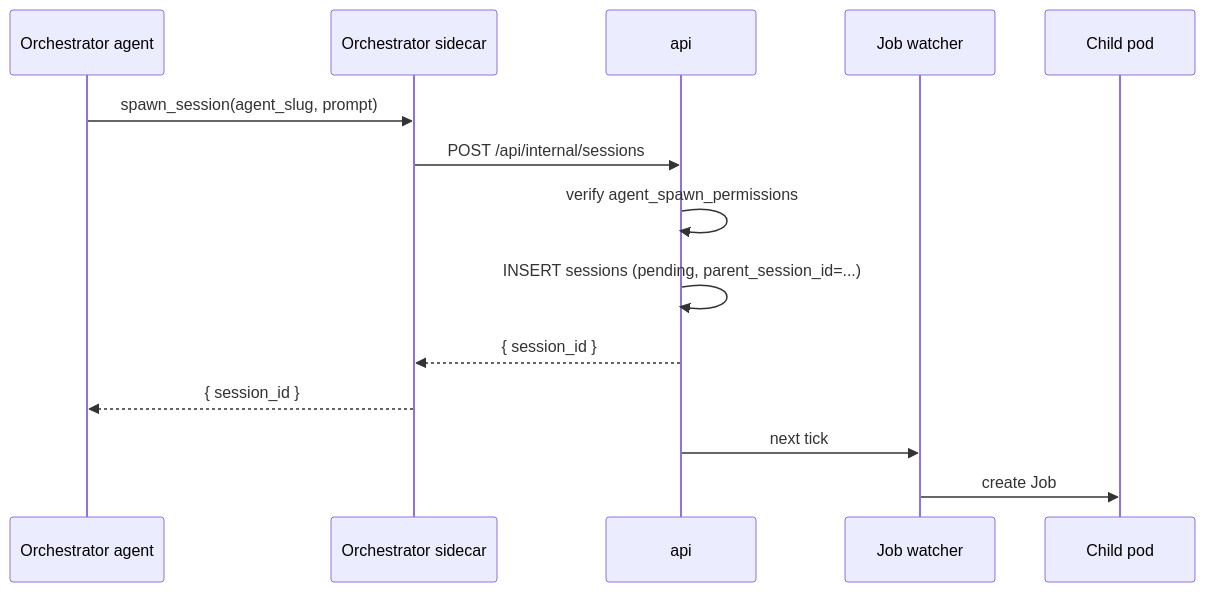
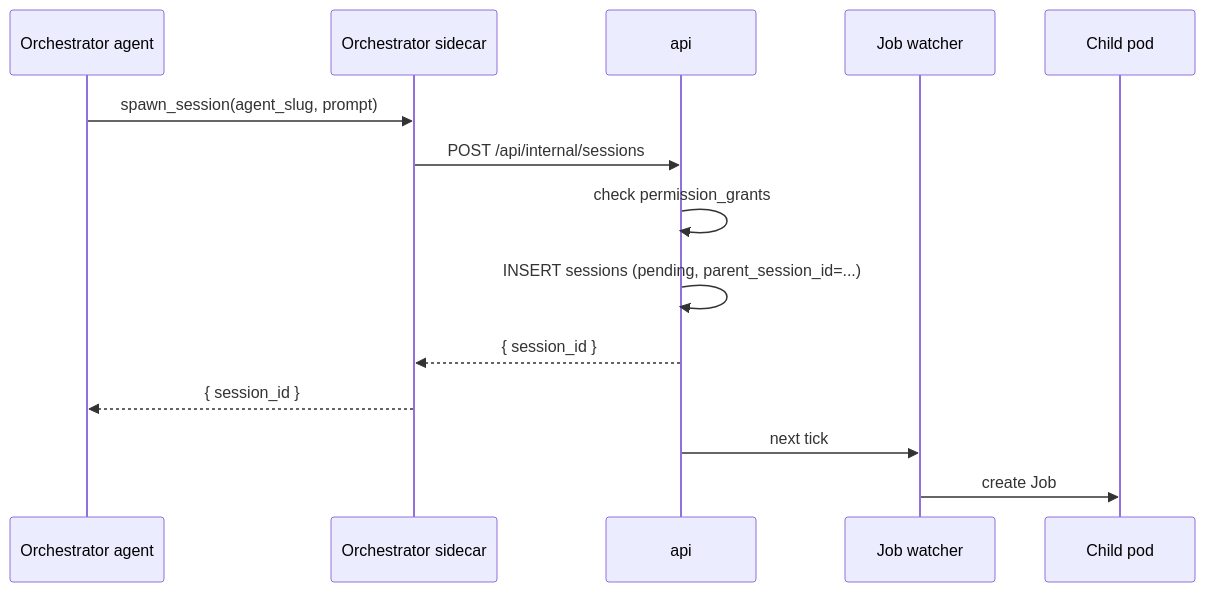
Before and after one commit to x1agent/x1agent: the diagram in docs/src/content/docs/architecture/orchestration.md, drawn with Mermaid. The commit also changed other lines of this file and 2 other files, not shown here.

````diff
--- a/docs/src/content/docs/architecture/orchestration.md
+++ b/docs/src/content/docs/architecture/orchestration.md
@@ -138,17 +137,17 @@
 ```mermaid
 sequenceDiagram
     participant O as Orchestrator agent
     participant OS as Orchestrator sidecar
     participant A as api
     participant JW as Job watcher
     participant C as Child pod
 
     O->>OS: spawn_session(agent_slug, prompt)
     OS->>A: POST /api/internal/sessions
-    A->>A: verify agent_spawn_permissions
+    A->>A: check permission_grants
     A->>A: INSERT sessions (pending, parent_session_id=...)
     A-->>OS: { session_id }
     OS-->>O: { session_id }
     A->>JW: next tick
     JW->>C: create Job
 ```
````
